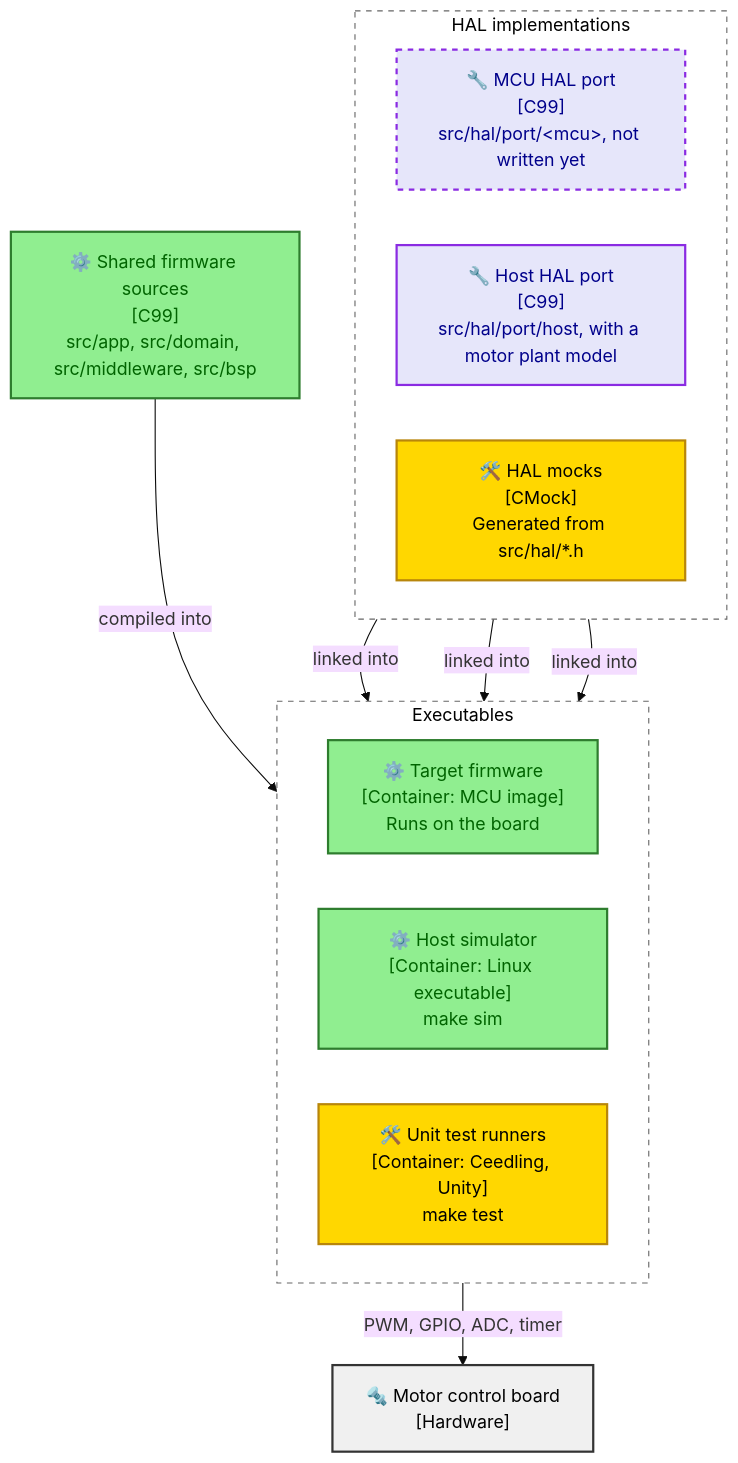
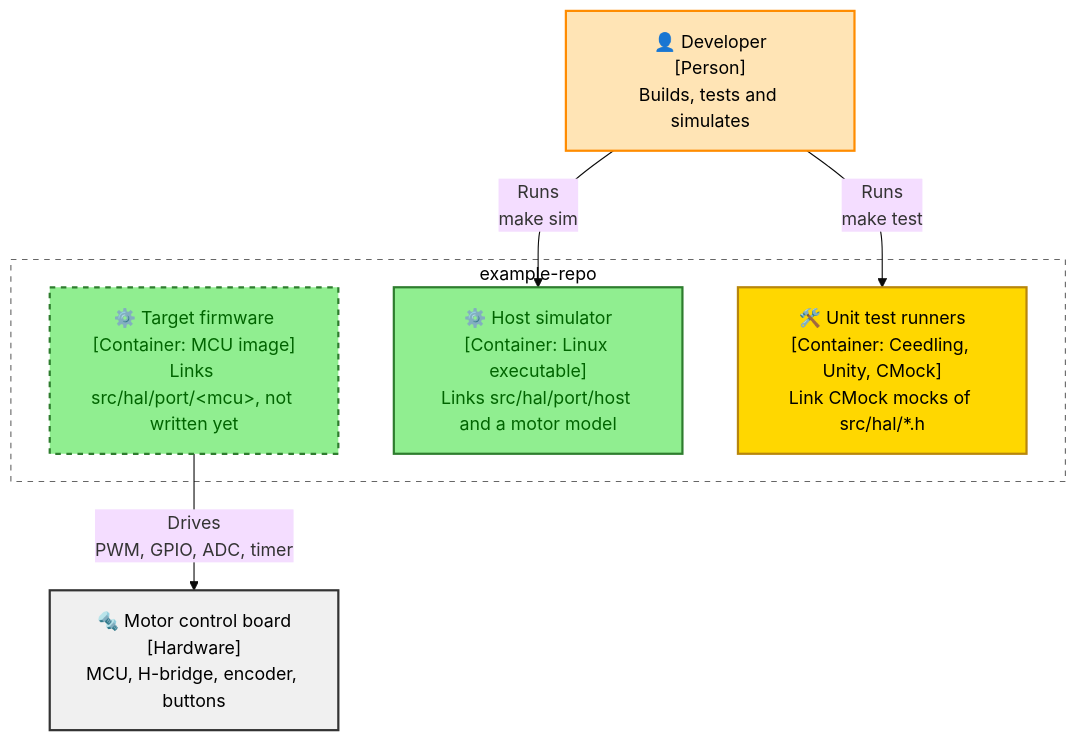
One commit to wienans/example-repo changed the diagram in docs/architecture/02_containers.md. Above: the diagram before and after it, drawn with Mermaid (base theme). The commit also changed other lines of this file and 3 other files, not shown here.

Commit message:
docs(architecture): record why C4 views stay flowcharts and keep only deployables as containers

````diff
--- a/docs/architecture/02_containers.md
+++ b/docs/architecture/02_containers.md
@@ -7,41 +7,31 @@
 ```mermaid
 flowchart TB
-  accTitle: Executables built from the shared firmware sources
-  accDescr: The shared firmware sources are compiled into all three executables. Each executable links one HAL implementation. The target firmware links an MCU HAL port, which the repo does not contain yet. The host simulator links the host HAL port. The unit test runners link CMock mocks generated from the HAL headers. The target firmware drives the motor control board.
+  accTitle: Executables built from the firmware sources
+  accDescr: The repository builds three executables. The target firmware links an MCU HAL port, which the repo does not contain yet, and drives the motor control board. The developer runs the host simulator, which links the host HAL port, and the unit test runners, which link CMock mocks of the HAL headers.
   classDef boundary fill:#FFFFFF,stroke:#666666,stroke-width:1px,stroke-dasharray:5 5,color:black
+  classDef person fill:#FFE4B5,stroke:#FF8C00,stroke-width:2px,color:black
   classDef firmware fill:#90EE90,stroke:#2E7D2E,stroke-width:2px,color:darkgreen
-  classDef platform fill:#E6E6FA,stroke:#8A2BE2,stroke-width:2px,color:darkblue
   classDef hardware fill:#F0F0F0,stroke:#333333,stroke-width:2px,color:black
   classDef tooling fill:#FFD700,stroke:#B8860B,stroke-width:2px,color:black
 
-  shared["⚙️ Shared firmware sources<br/>[C99]<br/>src/app, src/domain, src/middleware, src/bsp"]
+  dev["👤 Developer<br/>[Person]<br/>Builds, tests and simulates"]
 
-  subgraph hals [HAL implementations]
-    direction LR
-    mcuport["🔧 MCU HAL port<br/>[C99]<br/>src/hal/port/&lt;mcu&gt;, not written yet"]
-    hostport["🔧 Host HAL port<br/>[C99]<br/>src/hal/port/host, with a motor plant model"]
-    mocks["🛠️ HAL mocks<br/>[CMock]<br/>Generated from src/hal/*.h"]
+  subgraph repo [example-repo]
+    target["⚙️ Target firmware<br/>[Container: MCU image]<br/>Links src/hal/port/&lt;mcu&gt;, not written yet"]
+    sim["⚙️ Host simulator<br/>[Container: Linux executable]<br/>Links src/hal/port/host and a motor model"]
+    tests["🛠️ Unit test runners<br/>[Container: Ceedling, Unity, CMock]<br/>Link CMock mocks of src/hal/*.h"]
   end
 
-  subgraph outputs [Executables]
-    direction LR
-    target["⚙️ Target firmware<br/>[Container: MCU image]<br/>Runs on the board"]
-    sim["⚙️ Host simulator<br/>[Container: Linux executable]<br/>make sim"]
-    tests["🛠️ Unit test runners<br/>[Container: Ceedling, Unity]<br/>make test"]
-  end
+  board["🔩 Motor control board<br/>[Hardware]<br/>MCU, H-bridge, encoder, buttons"]
 
-  board["🔩 Motor control board<br/>[Hardware]"]
+  dev -->|"Runs<br/>make sim"| sim
+  dev -->|"Runs<br/>make test"| tests
+  target -->|"Drives<br/>PWM, GPIO, ADC, timer"| board
 
-  mcuport -->|"linked into"| target
-  hostport -->|"linked into"| sim
-  mocks -->|"linked into"| tests
-  shared -->|"compiled into"| outputs
-  target -->|"PWM, GPIO, ADC, timer"| board
-
-  class hals,outputs boundary
-  class shared,target,sim firmware
-  class hostport platform
-  class mocks,tests tooling
+  class repo boundary
+  class dev person
+  class target,sim firmware
+  class tests tooling
   class board hardware
-  style mcuport fill:#E6E6FA,stroke:#8A2BE2,stroke-width:2px,stroke-dasharray:5 5,color:darkblue
+  style target fill:#90EE90,stroke:#2E7D2E,stroke-width:2px,stroke-dasharray:5 5,color:darkgreen
 ```
````
